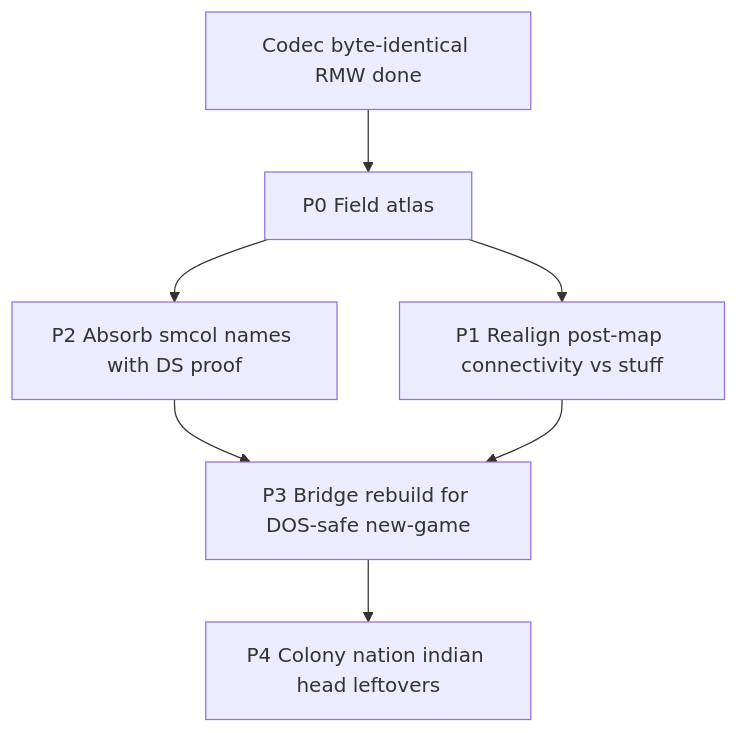
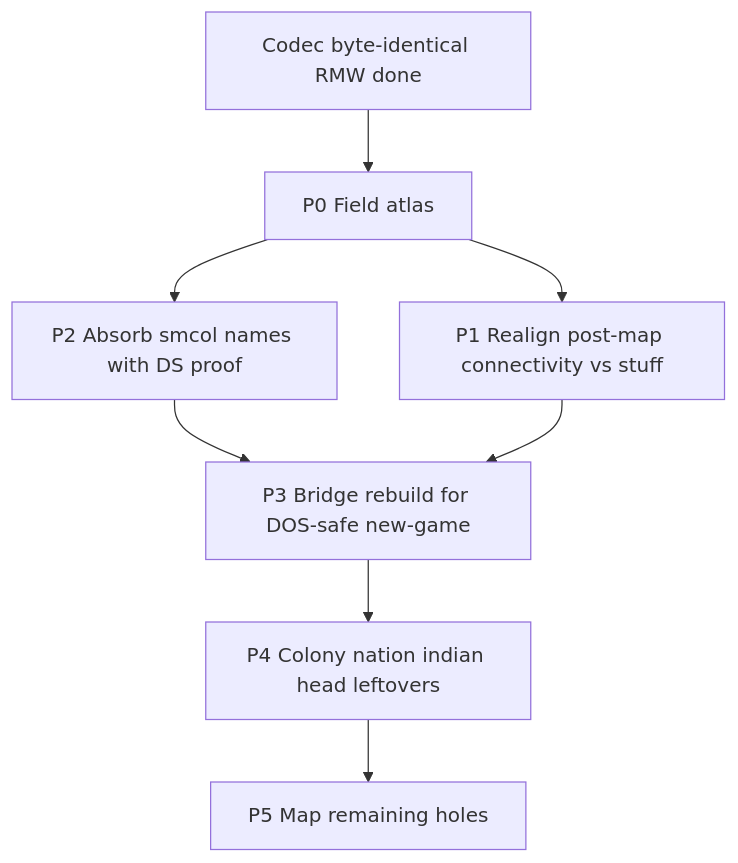
The diagram in docs/save_format_map.md (AbuDhabi/linux-colonize), drawn with Mermaid before and after one commit. The commit also changed other lines of this file and 17 other files, not shown here.

````diff
--- a/docs/save_format_map.md
+++ b/docs/save_format_map.md
@@ -336,15 +336,17 @@
 ```mermaid
 flowchart TB
   codec[Codec byte-identical RMW done]
   atlas[P0 Field atlas]
   absorb[P2 Absorb smcol names with DS proof]
   connect[P1 Realign post-map connectivity vs stuff]
   export[P3 Bridge rebuild for DOS-safe new-game]
   deep[P4 Colony nation indian head leftovers]
+  p5[P5 Map remaining holes]
   codec --> atlas
   atlas --> absorb
   atlas --> connect
   absorb --> export
   connect --> export
   export --> deep
+  deep --> p5
 ```
````
